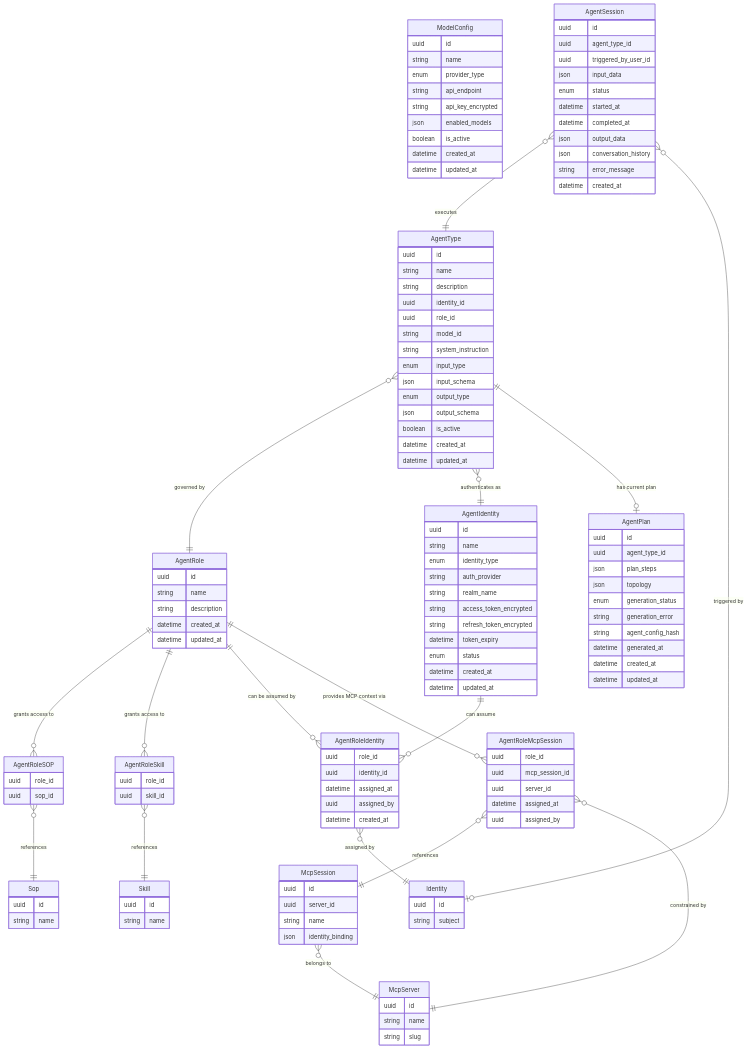
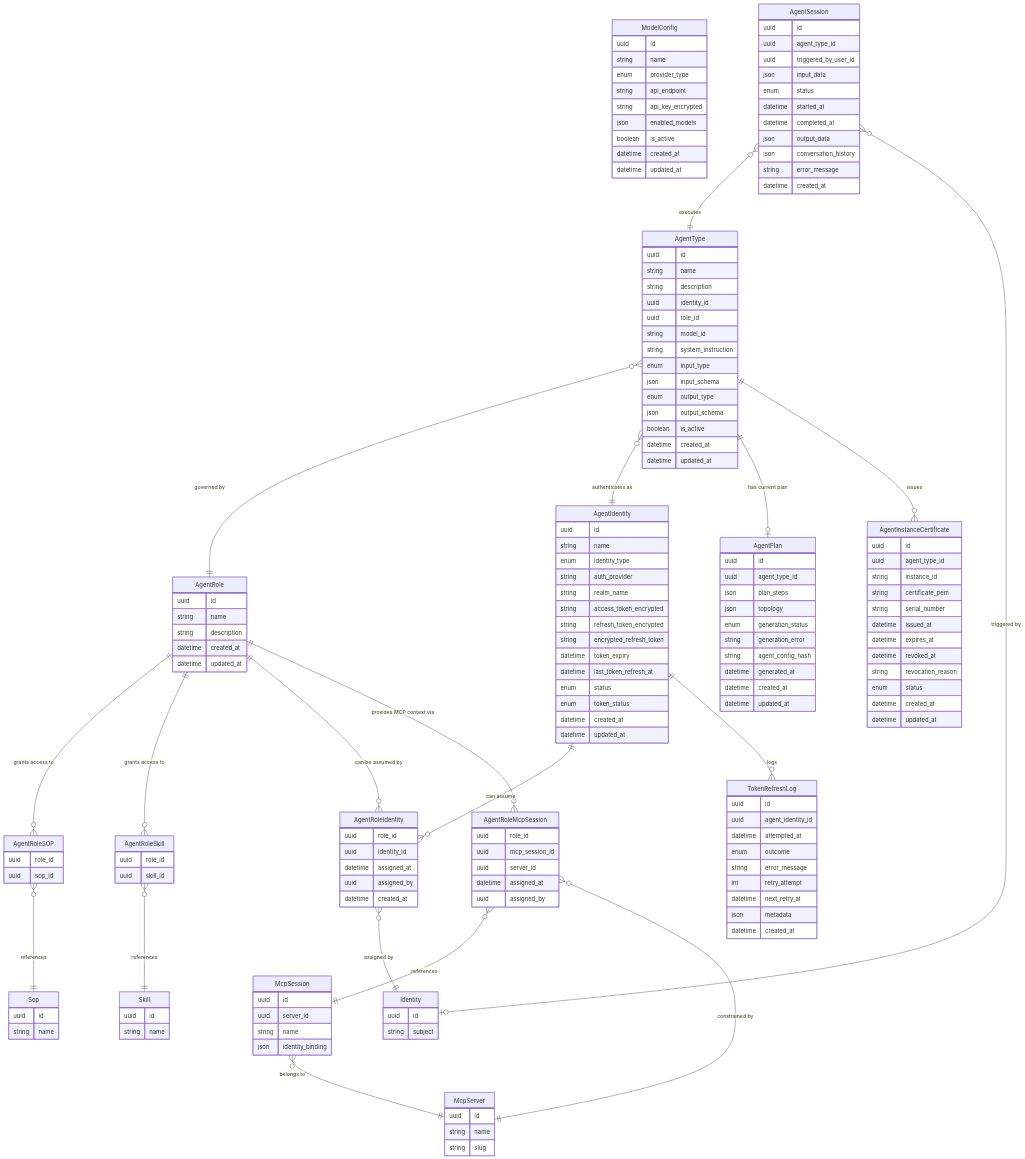
The diagram in docs/master/data-model/modules/agents/entities.md (hurungang/parthenon), drawn with Mermaid before and after one commit. The commit also changed other lines of this file and 496 other files, not shown here.

````diff
--- a/docs/master/data-model/modules/agents/entities.md
+++ b/docs/master/data-model/modules/agents/entities.md
@@ -50,8 +50,11 @@
         string realm_name
         string access_token_encrypted
         string refresh_token_encrypted
+        string encrypted_refresh_token
         datetime token_expiry
+        datetime last_token_refresh_at
         enum status
+        enum token_status
         datetime created_at
         datetime updated_at
     }
@@ -132,9 +135,37 @@
         datetime updated_at
     }
 
+    AgentInstanceCertificate {
+        uuid id
+        uuid agent_type_id
+        string instance_id
+        string certificate_pem
+        string serial_number
+        datetime issued_at
+        datetime expires_at
+        datetime revoked_at
+        string revocation_reason
+        enum status
+        datetime created_at
+        datetime updated_at
+    }
+    TokenRefreshLog {
+        uuid id
+        uuid agent_identity_id
+        datetime attempted_at
+        enum outcome
+        string error_message
+        int retry_attempt
+        datetime next_retry_at
+        json metadata
+        datetime created_at
+    }
+
     AgentType }o--|| AgentRole : "governed by"
     AgentType }o--|| AgentIdentity : "authenticates as"
     AgentSession }o--|| AgentType : "executes"
     AgentSession }o--o| Identity : "triggered by"
     AgentType ||--o| AgentPlan : "has current plan"
+    AgentType ||--o{ AgentInstanceCertificate : "issues"
+    AgentIdentity ||--o{ TokenRefreshLog : "logs"
 ```
````
